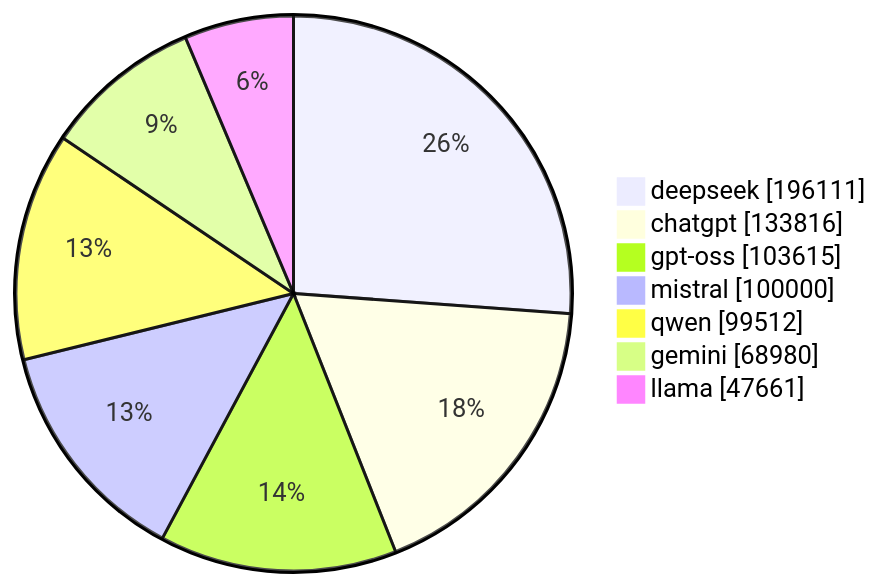
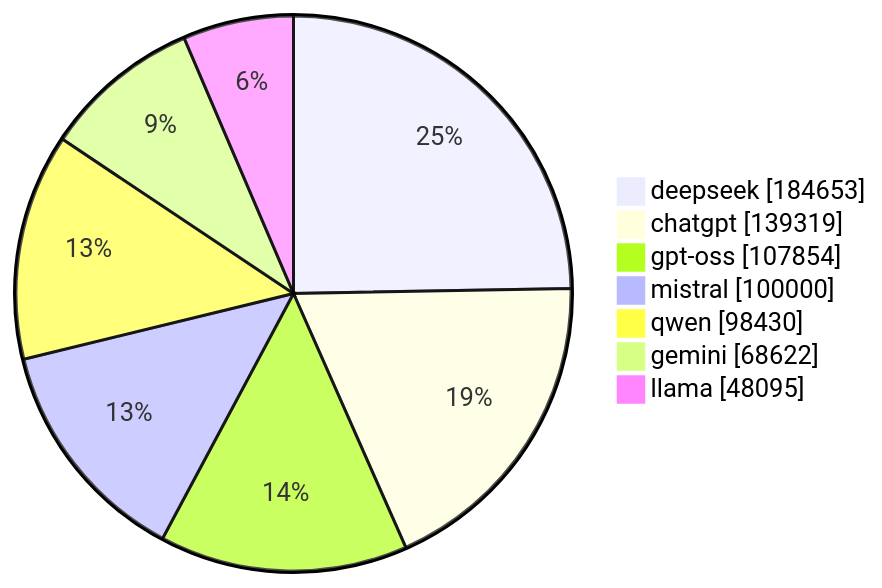
Before and after one commit to gqgs/llm100kbench: the diagram in README.md, drawn with Mermaid. The commit also changed other lines of this file and 17 other files, not shown here.

````diff
--- a/README.md
+++ b/README.md
@@ -50,10 +50,10 @@
 ```mermaid
 pie showData
-    "deepseek" : 196111
-    "chatgpt" : 133816
-    "gpt-oss" : 103615
+    "deepseek" : 184653
+    "chatgpt" : 139319
+    "gpt-oss" : 107854
     "mistral" : 100000
-    "qwen" : 99512
-    "gemini" : 68980
-    "llama" : 47661
+    "qwen" : 98430
+    "gemini" : 68622
+    "llama" : 48095
 ```
````
